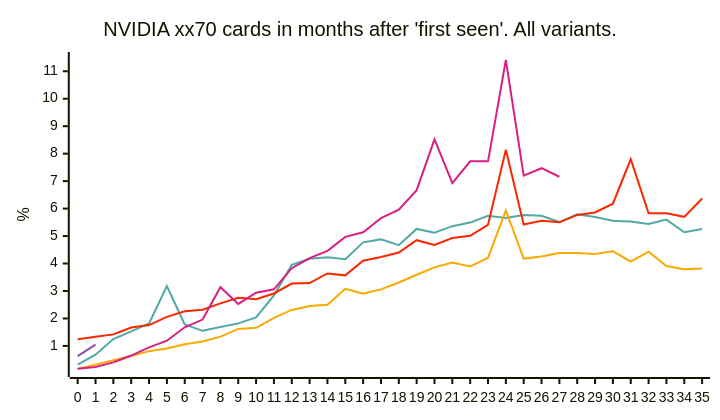
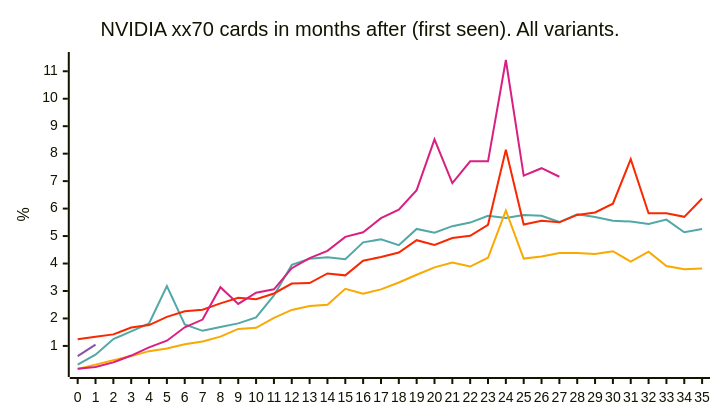
One commit to jdegene/birch-mapping changed the third of 5 diagrams in README.md. Above: the diagram before and after it, drawn with Mermaid. The commit also changed other lines of this file, not shown here.

````diff
--- a/README.md
+++ b/README.md
@@ -68,24 +68,24 @@
 ```mermaid
 ---
 config:
     xyChart:
         width: 700
         height: 400
         
     themeVariables:
         xyChart:
             plotColorPalette: "#51a8a6,#f9a900,#f92800,#d92080,#8a52a6"
 
 --- 
 
 
 xychart-beta
-    title "NVIDIA xx70 cards in months after 'first seen'. All variants."
+    title "NVIDIA xx70 cards in months after (first seen). All variants."
     x-axis[0, 1, 2, 3, 4, 5, 6, 7, 8, 9, 10, 11, 12, 13, 14, 15, 16, 17, 18, 19, 20, 21, 22, 23, 24, 25, 26, 27, 28, 29, 30, 31, 32, 33, 34, 35]
     y-axis "%" 
     line [0.32, 0.6799999999999999, 1.25, 1.53, 1.82, 3.18, 1.78, 1.55, 1.69, 1.82, 2.04, 2.84, 3.95, 4.17, 4.2299999999999995, 4.16, 4.77, 4.88, 4.67, 5.26, 5.119999999999999, 5.36, 5.489999999999999, 5.74, 5.66, 5.7700000000000005, 5.74, 5.51, 5.79, 5.6899999999999995, 5.56, 5.53, 5.4399999999999995, 5.6000000000000005, 5.140000000000001, 5.26]
     line [0.16, 0.32, 0.48, 0.63, 0.8099999999999999, 0.91, 1.06, 1.16, 1.34, 1.6199999999999999, 1.66, 2.02, 2.31, 2.45, 2.5, 3.0799999999999996, 2.9000000000000004, 3.06, 3.3100000000000005, 3.5900000000000003, 3.8599999999999994, 4.04, 3.8900000000000006, 4.21, 5.930000000000001, 4.180000000000001, 4.26, 4.38, 4.38, 4.35, 4.45, 4.07, 4.43, 3.91, 3.7900000000000005, 3.82]
     line [1.24, 1.3299999999999998, 1.4200000000000002, 1.67, 1.7599999999999998, 2.06, 2.2600000000000002, 2.3200000000000003, 2.55, 2.75, 2.7, 2.9099999999999997, 3.27, 3.29, 3.64, 3.5700000000000003, 4.1000000000000005, 4.24, 4.3999999999999995, 4.8500000000000005, 4.68, 4.930000000000001, 5.01, 5.41, 8.14, 5.42, 5.56, 5.5, 5.7700000000000005, 5.86, 6.18, 7.8, 5.83, 5.83, 5.7, 6.370000000000001]
     line [0.16999999999999998, 0.22999999999999998, 0.4, 0.65, 0.95, 1.1900000000000002, 1.68, 1.96, 3.1399999999999997, 2.53, 2.94, 3.06, 3.83, 4.199999999999999, 4.46, 4.97, 5.140000000000001, 5.65, 5.96, 6.67, 8.52, 6.93, 7.720000000000001, 7.720000000000001, 11.41, 7.199999999999999, 7.470000000000001, 7.16]
     line [0.63, 1.0499999999999998]
 ``` 
````
